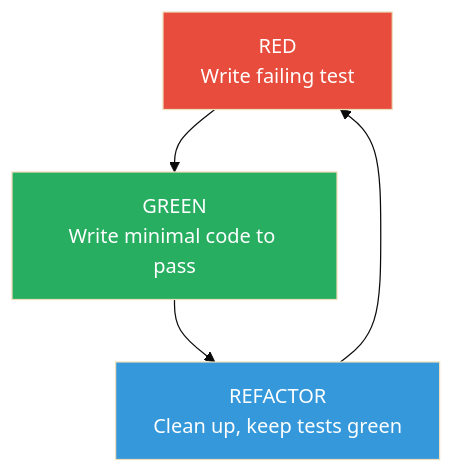
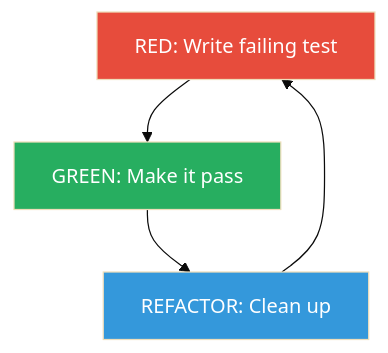
Before and after one commit to dremdem/illuminati: the second of 2 diagrams in docs/development-guide.md, drawn with Mermaid (base theme). The commit also changed other lines of this file and 2 other files, not shown here.

Commit message:
fix: shorten Mermaid diagram labels to prevent text truncation
Remove <br/> multiline labels and long descriptions from Mermaid nodes.
GitHub renders these in fixed-width boxes that clip long text.
Moved detailed descriptions into companion tables instead.

````diff
--- a/docs/development-guide.md
+++ b/docs/development-guide.md
@@ -111,10 +111,10 @@
 ```mermaid
 graph TD
-    R[RED<br/>Write failing test] --> G[GREEN<br/>Write minimal code to pass]
-    G --> RF[REFACTOR<br/>Clean up, keep tests green]
+    R["RED: Write failing test"] --> G["GREEN: Make it pass"]
+    G --> RF["REFACTOR: Clean up"]
     RF --> R
 
     style R fill:#e74c3c,color:#fff
     style G fill:#27ae60,color:#fff
     style RF fill:#3498db,color:#fff
 ```
````
